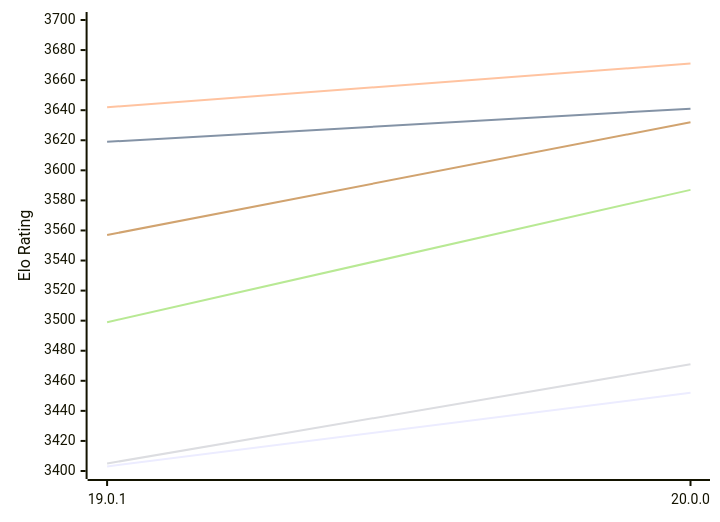
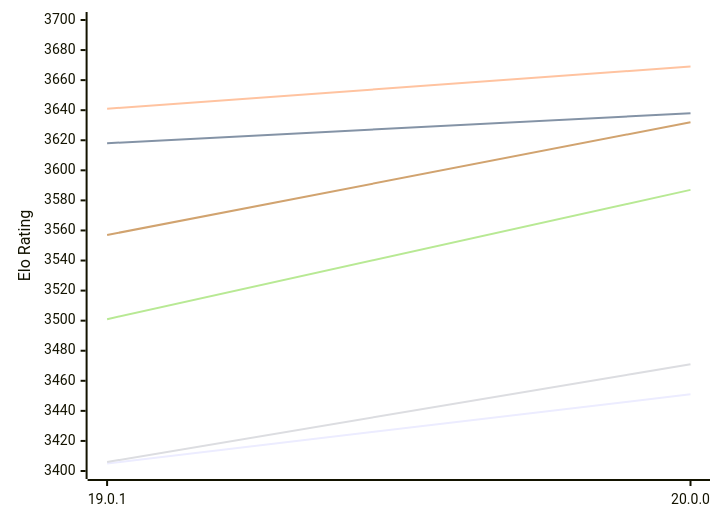
Before and after one commit to computer-chess-index/cci: the first of 2 diagrams in engines/Viridithas.md, drawn with Mermaid. The commit also changed other lines of this file, not shown here.

Commit message:
Update CCI Ratings (ELO VLTC) - 2026-11-28

````diff
--- a/engines/Viridithas.md
+++ b/engines/Viridithas.md
@@ -58,12 +58,12 @@
 ```mermaid
 %%{init: {"theme":"base","themeVariables":{"seriesColors:['#a3a3a3','#222221','#faa371']}}}%%
 xychart-beta
   x-axis ["19.0.1", "20.0.0"]
   y-axis "Elo Rating" 3400 --> 3700
-  line "E1: STC (8.0+0.08s)" [3403, 3452]
-  line "E1: LTC (60.0+0.60s)" [3619, 3641]
-  line "E1: VLTC (2m24s+1.12s)" [3642, 3671]
-  line "P1: STC (8.0+0.08s)" [3405, 3471]
-  line "P1: LTC (60.0+0.60s)" [3499, 3587]
+  line "E1: STC (8.0+0.08s)" [3405, 3451]
+  line "E1: LTC (60.0+0.60s)" [3618, 3638]
+  line "E1: VLTC (2m24s+1.12s)" [3641, 3669]
+  line "P1: STC (8.0+0.08s)" [3406, 3471]
+  line "P1: LTC (60.0+0.60s)" [3501, 3587]
   line "P1: VLTC (2m24s+1.12s)" [3557, 3632]
 ```
````
